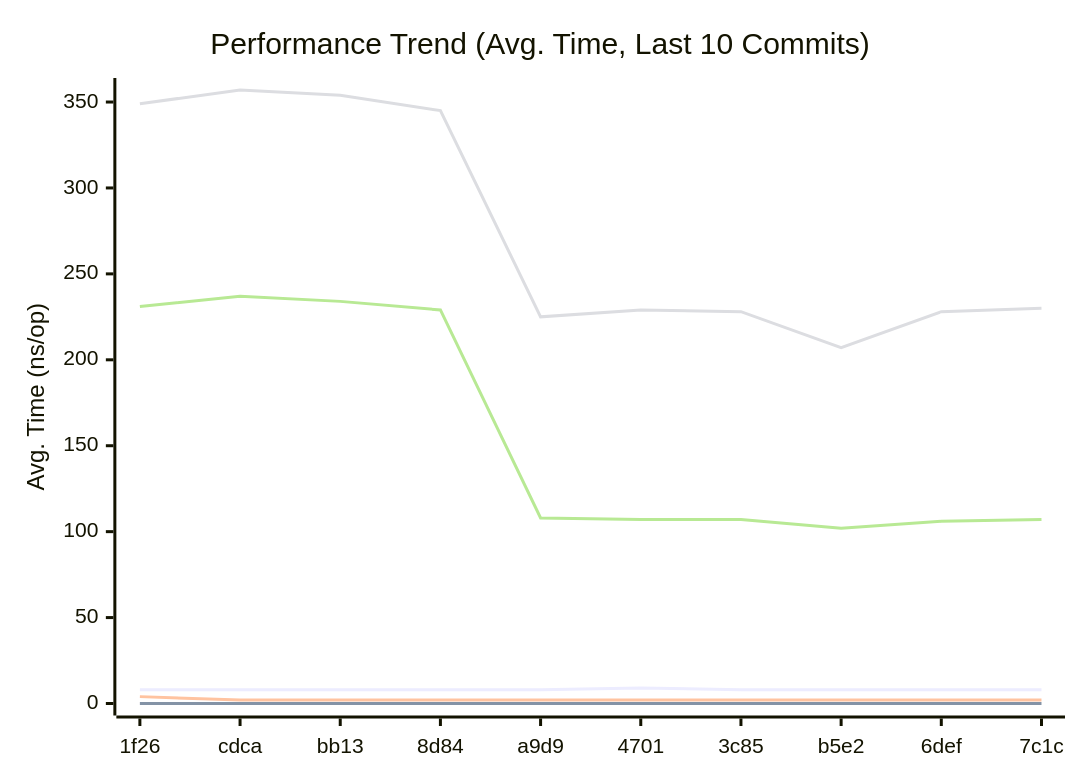
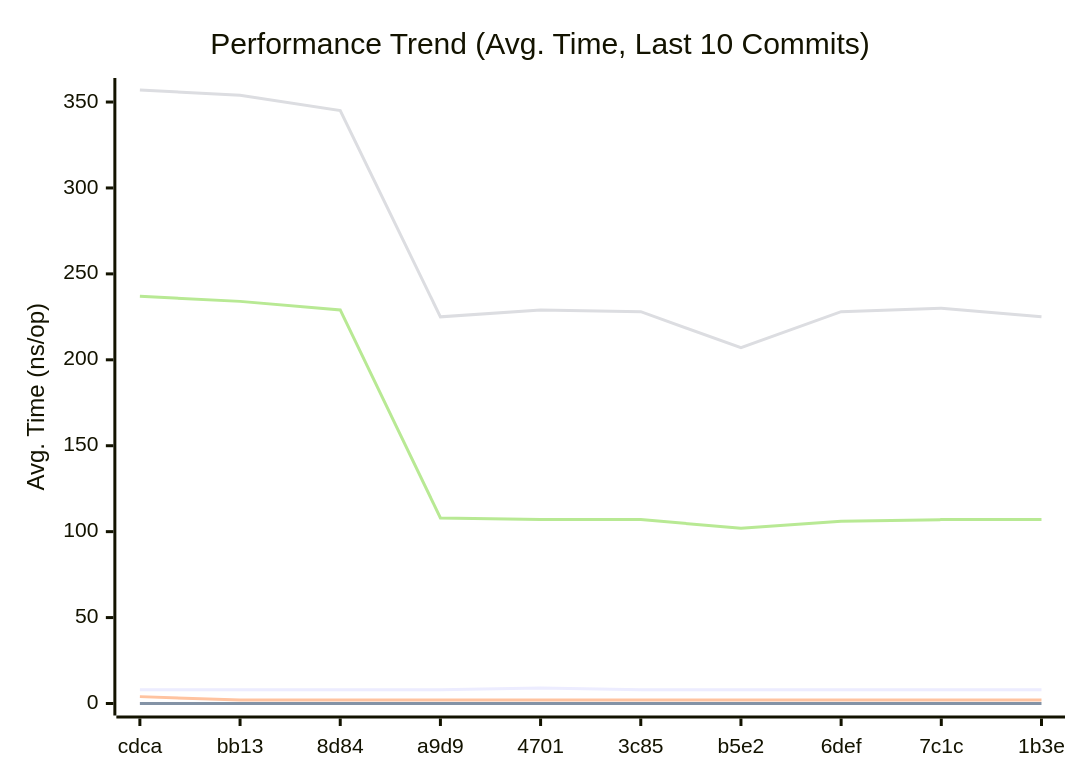
The first of 3 diagrams in doc/README.md (alsotoes/momo), drawn with Mermaid before and after one commit. The commit also changed other lines of this file and 1 other file, not shown here.

````diff
--- a/doc/README.md
+++ b/doc/README.md
@@ -290,12 +290,12 @@
 ```mermaid
 xychart-beta
     title "Performance Trend (Avg. Time, Last 10 Commits)"
     x-axis "Commit"
     y-axis "Avg. Time (ns/op)"
-    x-axis [1f26,cdca,bb13,8d84,a9d9,4701,3c85,b5e2,6def,7c1c]
-    line "CheckMetricsAndSwap" [8,8,8,8,8,9,8,8,8,8]
+    x-axis [cdca,bb13,8d84,a9d9,4701,3c85,b5e2,6def,7c1c,1b3e]
+    line "CheckMetricsAndSwap" [8,8,8,8,9,8,8,8,8,8]
     line "IndexDirectTracking" [0,0,0,0,0,0,0,0,0,0]
     line "IndexSearch" [4,2,2,2,2,2,2,2,2,2]
-    line "ParseReplicationOrder_NoPrealloc" [349,357,354,345,225,229,228,207,228,230]
-    line "ParseReplicationOrder_Prealloc" [231,237,234,229,108,107,107,102,106,107]
+    line "ParseReplicationOrder_NoPrealloc" [357,354,345,225,229,228,207,228,230,225]
+    line "ParseReplicationOrder_Prealloc" [237,234,229,108,107,107,102,106,107,107]
 ```
````
